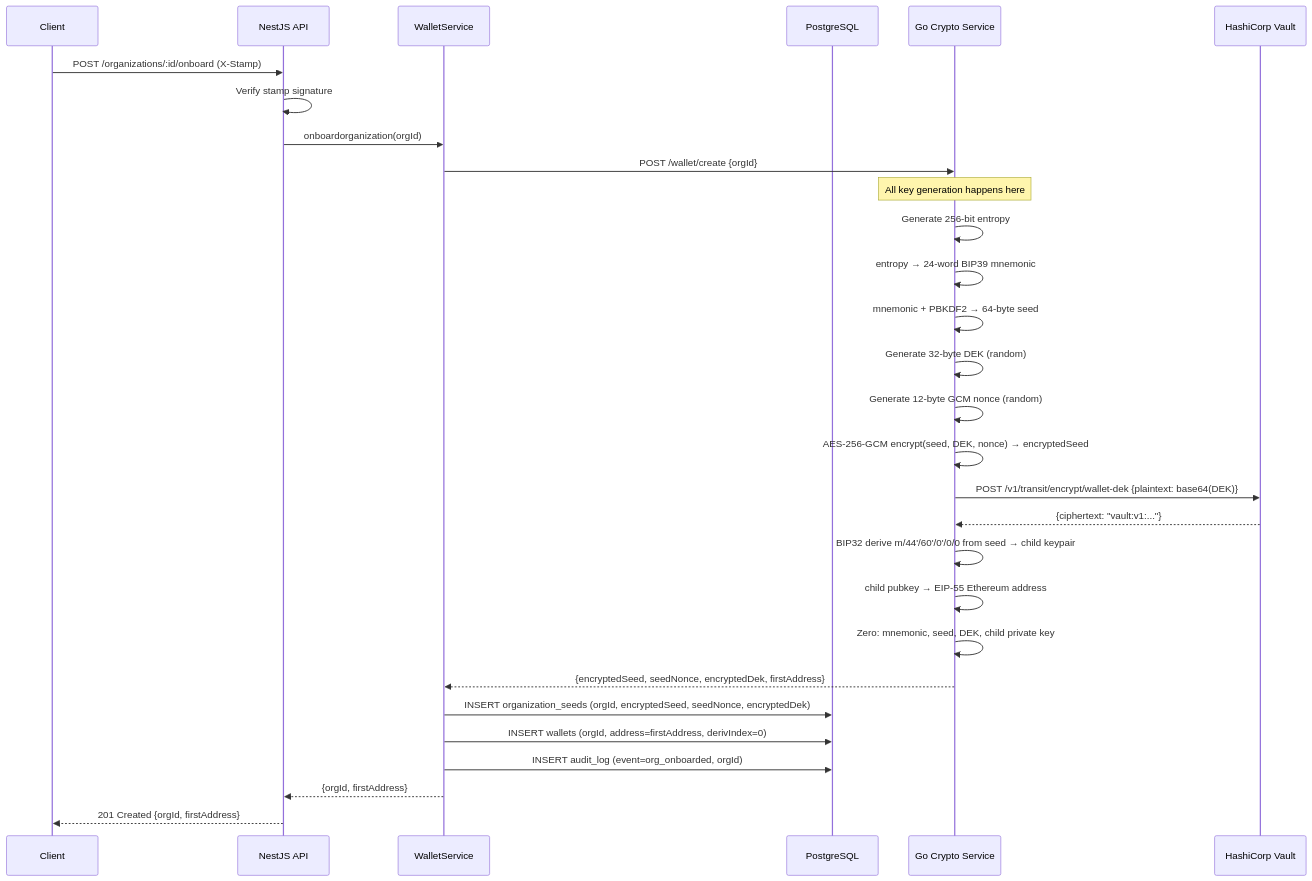
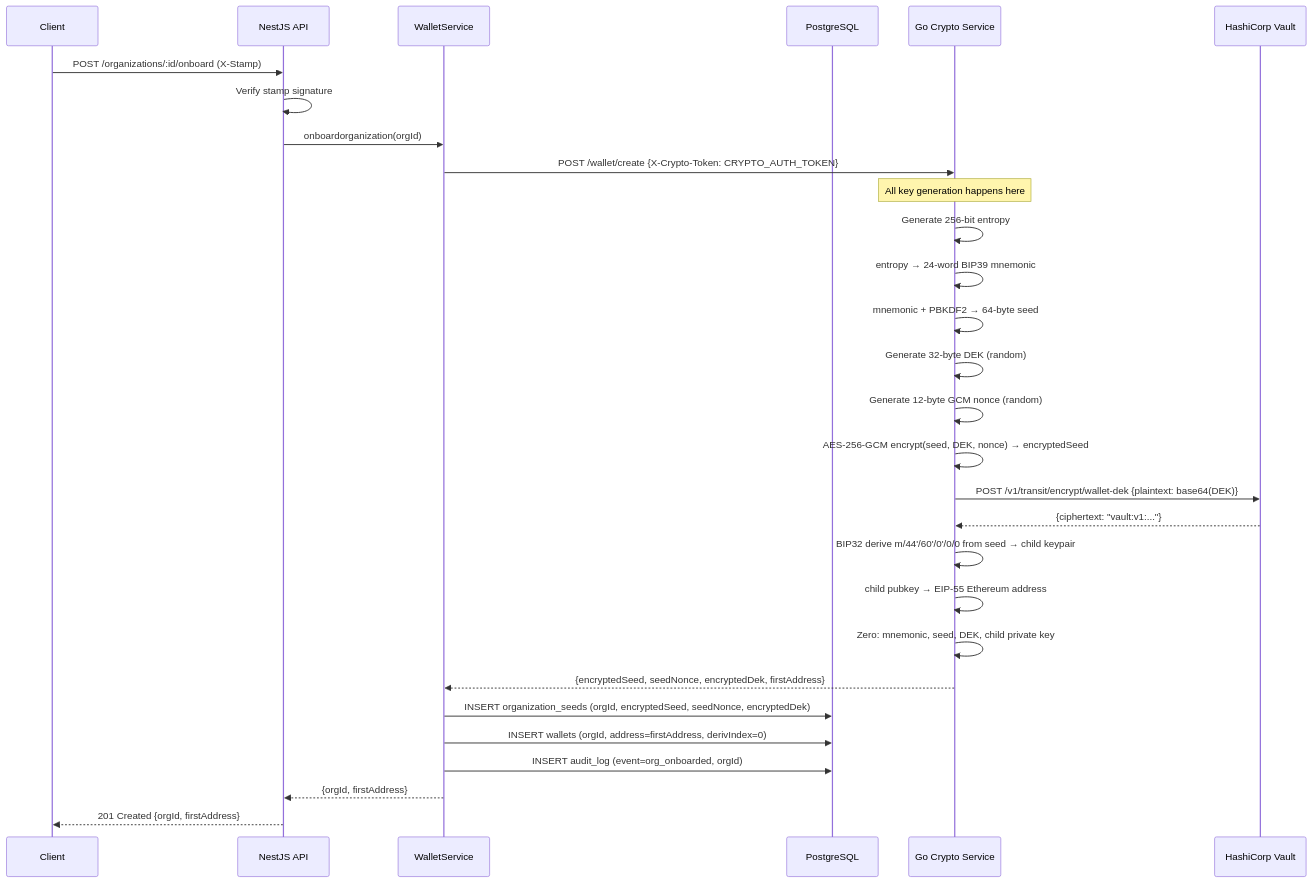
The second of 4 diagrams in docs/SEQUENCE_DIAGRAMS.md (sg-milad/BrokeTurnkey), drawn with Mermaid before and after one commit. The commit also changed other lines of this file and 11 other files, not shown here.

First line of the commit message:
docs: expand README with setup, auth, and crypto service details

````diff
--- a/docs/SEQUENCE_DIAGRAMS.md
+++ b/docs/SEQUENCE_DIAGRAMS.md
@@ -42,39 +42,39 @@
 ```mermaid
 sequenceDiagram
     participant C as Client
     participant API as NestJS API
     participant WS as WalletService
     participant DB as PostgreSQL
     participant GO as Go Crypto Service
     participant V as HashiCorp Vault
 
     C->>API: POST /organizations/:id/onboard (X-Stamp)
     API->>API: Verify stamp signature
     API->>WS: onboardorganization(orgId)
 
-    WS->>GO: POST /wallet/create {orgId}
+    WS->>GO: POST /wallet/create {X-Crypto-Token: CRYPTO_AUTH_TOKEN}
 
     note over GO: All key generation happens here
     GO->>GO: Generate 256-bit entropy
     GO->>GO: entropy → 24-word BIP39 mnemonic
     GO->>GO: mnemonic + PBKDF2 → 64-byte seed
     GO->>GO: Generate 32-byte DEK (random)
     GO->>GO: Generate 12-byte GCM nonce (random)
     GO->>GO: AES-256-GCM encrypt(seed, DEK, nonce) → encryptedSeed
 
     GO->>V: POST /v1/transit/encrypt/wallet-dek {plaintext: base64(DEK)}
     V-->>GO: {ciphertext: "vault:v1:..."}
 
     GO->>GO: BIP32 derive m/44'/60'/0'/0/0 from seed → child keypair
     GO->>GO: child pubkey → EIP-55 Ethereum address
     GO->>GO: Zero: mnemonic, seed, DEK, child private key
 
     GO-->>WS: {encryptedSeed, seedNonce, encryptedDek, firstAddress}
 
     WS->>DB: INSERT organization_seeds (orgId, encryptedSeed, seedNonce, encryptedDek)
     WS->>DB: INSERT wallets (orgId, address=firstAddress, derivIndex=0)
     WS->>DB: INSERT audit_log (event=org_onboarded, orgId)
 
     WS-->>API: {orgId, firstAddress}
     API-->>C: 201 Created {orgId, firstAddress}
 ```
````
